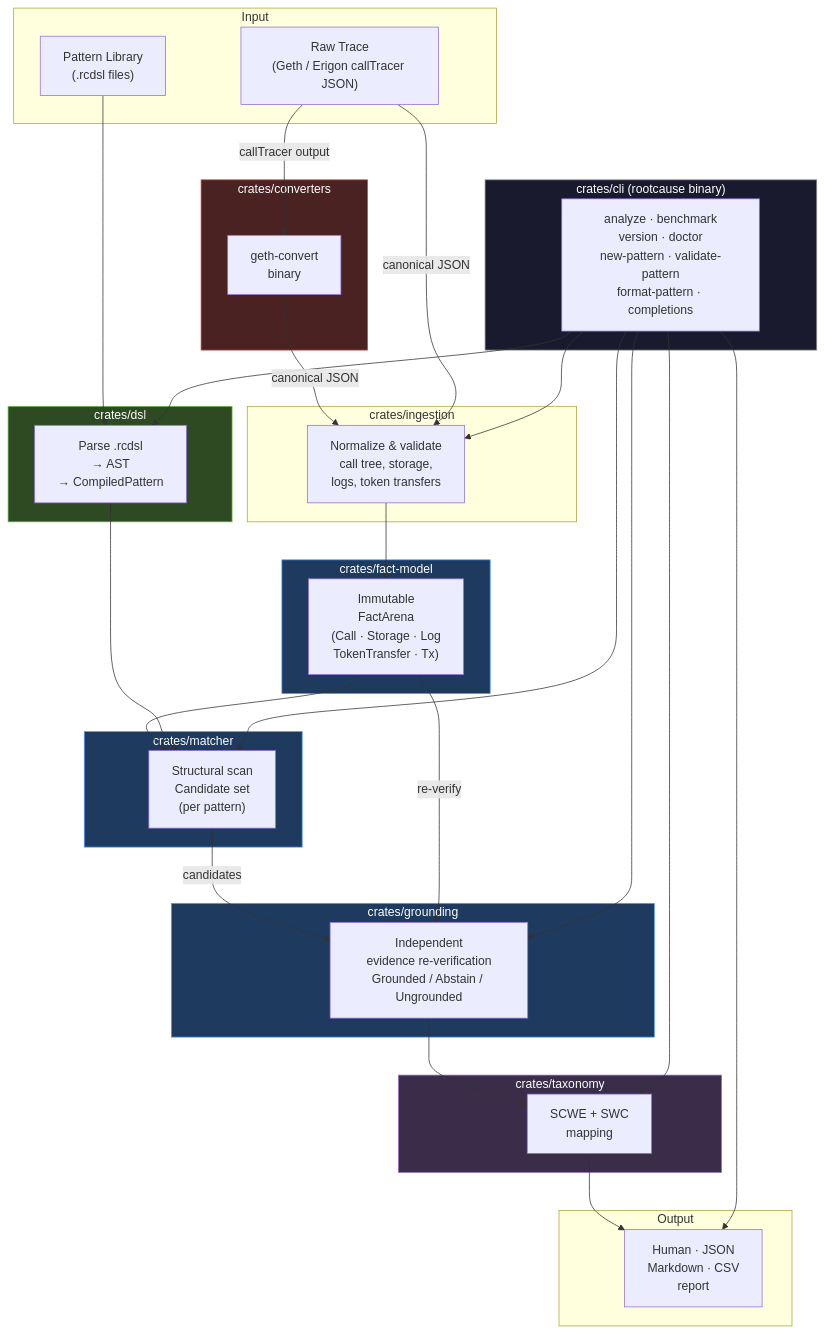
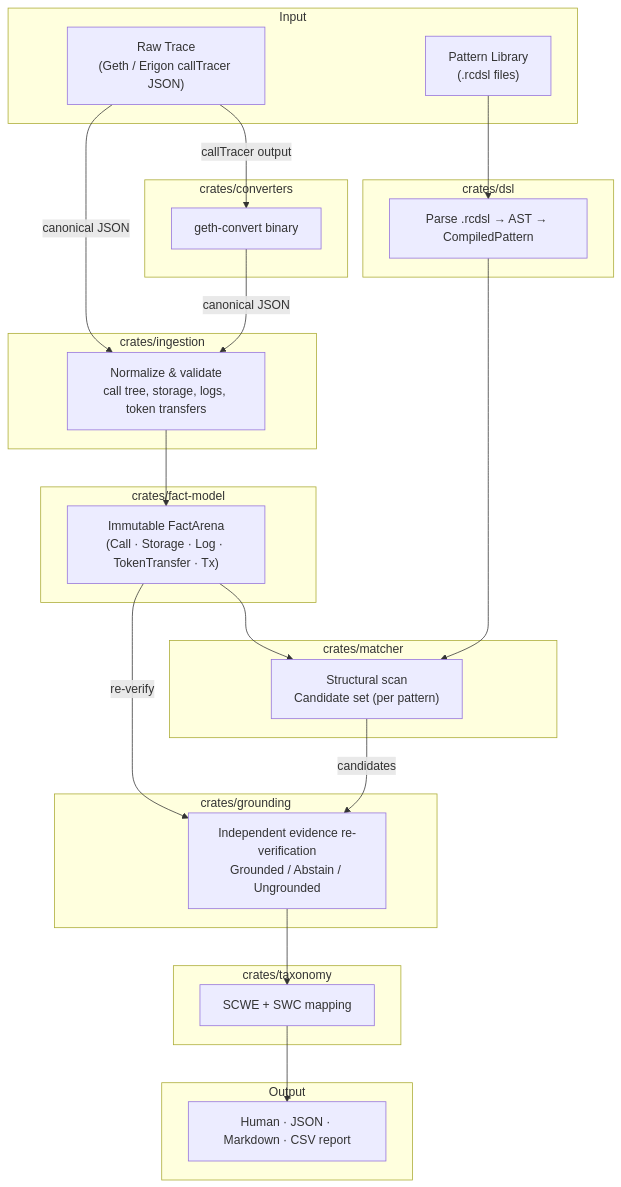
The first of 2 diagrams in README.md (t0k1t00/Rootcause), drawn with Mermaid before and after one commit. The commit also changed other lines of this file, not shown here.

````diff
--- a/README.md
+++ b/README.md
@@ -45,69 +45,51 @@
 ```mermaid
 flowchart TD
     subgraph Input
         A["Raw Trace\n(Geth / Erigon callTracer JSON)"]
         B["Pattern Library\n(.rcdsl files)"]
     end
 
     subgraph Converters["crates/converters"]
-        C["geth-convert\nbinary"]
+        C["geth-convert binary"]
     end
 
     subgraph Ingestion["crates/ingestion"]
-        D["Normalize & validate\ncall tree, storage,\nlogs, token transfers"]
+        D["Normalize & validate\ncall tree, storage, logs, token transfers"]
     end
 
     subgraph FactModel["crates/fact-model"]
-        E["Immutable\nFactArena\n(Call · Storage · Log\nTokenTransfer · Tx)"]
+        E["Immutable FactArena\n(Call · Storage · Log · TokenTransfer · Tx)"]
     end
 
     subgraph DSL["crates/dsl"]
-        F["Parse .rcdsl\n→ AST\n→ CompiledPattern"]
+        F["Parse .rcdsl → AST → CompiledPattern"]
     end
 
     subgraph Matcher["crates/matcher"]
-        G["Structural scan\nCandidate set\n(per pattern)"]
+        G["Structural scan\nCandidate set (per pattern)"]
     end
 
     subgraph Grounding["crates/grounding"]
-        H["Independent\nevidence re-verification\nGrounded / Abstain / Ungrounded"]
+        H["Independent evidence re-verification\nGrounded / Abstain / Ungrounded"]
     end
 
     subgraph Taxonomy["crates/taxonomy"]
-        I["SCWE + SWC\nmapping"]
+        I["SCWE + SWC mapping"]
     end
 
     subgraph Output
-        J["Human · JSON\nMarkdown · CSV\nreport"]
+        J["Human · JSON · Markdown · CSV report"]
     end
 
-    subgraph CLI["crates/cli  (rootcause binary)"]
-        K["analyze · benchmark\nversion · doctor\nnew-pattern · validate-pattern\nformat-pattern · completions"]
-    end
-
-    A -->|"callTracer output"| C
-    C -->|"canonical JSON"| D
-    A -->|"canonical JSON"| D
+    A -->|callTracer output| C
+    C -->|canonical JSON| D
+    A -->|canonical JSON| D
     B --> F
     D --> E
     E --> G
     F --> G
-    G -->|"candidates"| H
-    E -->|"re-verify"| H
+    G -->|candidates| H
+    E -->|re-verify| H
     H --> I
     I --> J
-    K --> D
-    K --> F
-    K --> G
-    K --> H
-    K --> I
-    K --> J
-
-    style FactModel fill:#1e3a5f,color:#fff,stroke:#4a9eff
-    style Matcher fill:#1e3a5f,color:#fff,stroke:#4a9eff
-    style Grounding fill:#1e3a5f,color:#fff,stroke:#4a9eff
-    style DSL fill:#2d4a22,color:#fff,stroke:#6abf47
-    style Converters fill:#4a2222,color:#fff,stroke:#bf4747
-    style Taxonomy fill:#3a2d4a,color:#fff,stroke:#9b6abf
-    style CLI fill:#1a1a2e,color:#fff,stroke:#888
 ```
````
